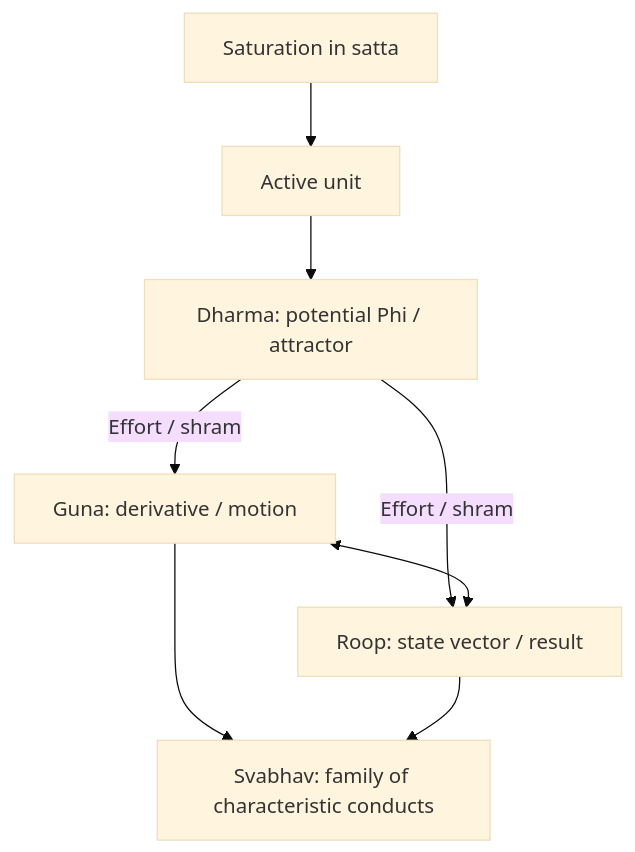
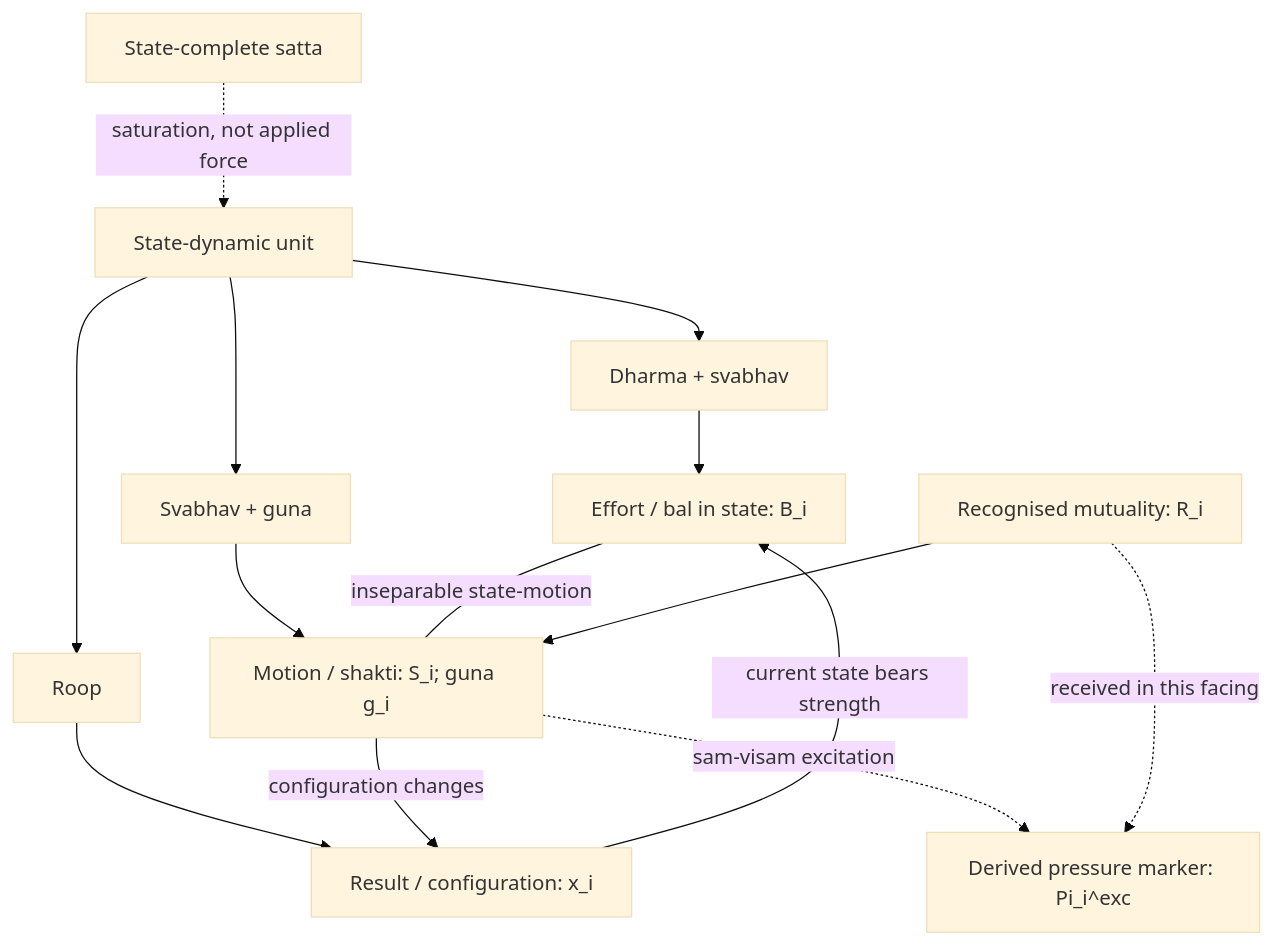
One commit to raghavamohan/AnalyticMadhyasthDarshan changed the first of 4 diagrams in Studies/A-State-Dynamic-Model-Of-Coexistence/A-State-Dynamic-Model-Of-Coexistence.md. Above: the diagram before and after it, drawn with Mermaid (base theme). The commit also changed other lines of this file and 8 other files, not shown here.

Commit message:
Clarify guna and excitation pressure in state-dynamic model

````diff
--- a/Studies/A-State-Dynamic-Model-Of-Coexistence/A-State-Dynamic-Model-Of-Coexistence.md
+++ b/Studies/A-State-Dynamic-Model-Of-Coexistence/A-State-Dynamic-Model-Of-Coexistence.md
@@ -98,10 +142,16 @@
 ```mermaid
-flowchart TD
-    SATTA["Saturation in satta"] --> UNIT["Active unit"]
-    UNIT --> DHARMA["Dharma: potential Phi / attractor"]
-    DHARMA -->|"Effort / shram"| GUNA["Guna: derivative / motion"]
-    DHARMA -->|"Effort / shram"| RUPA["Roop: state vector / result"]
-    GUNA <--> RUPA
-    GUNA --> SVABHAV["Svabhav: family of characteristic conducts"]
-    RUPA --> SVABHAV
+flowchart TB
+    SATTA["State-complete satta"] -.->|"saturation, not applied force"| UNIT["State-dynamic unit"]
+    UNIT --> DHS["Dharma + svabhav"]
+    UNIT --> SG["Svabhav + guna"]
+    UNIT --> RUPA["Roop"]
+    DHS --> EFFORT["Effort / bal in state: B_i"]
+    SG --> MOTION["Motion / shakti: S_i; guna g_i"]
+    RUPA --> RESULT["Result / configuration: x_i"]
+    EFFORT ---|"inseparable state-motion"| MOTION
+    MOTION -->|"configuration changes"| RESULT
+    RESULT -->|"current state bears strength"| EFFORT
+    MUTUAL["Recognised mutuality: R_i"] --> MOTION
+    MOTION -.->|"sam-visam excitation"| PRESSURE["Derived pressure marker: Pi_i^exc"]
+    MUTUAL -.->|"received in this facing"| PRESSURE
 ```
````
